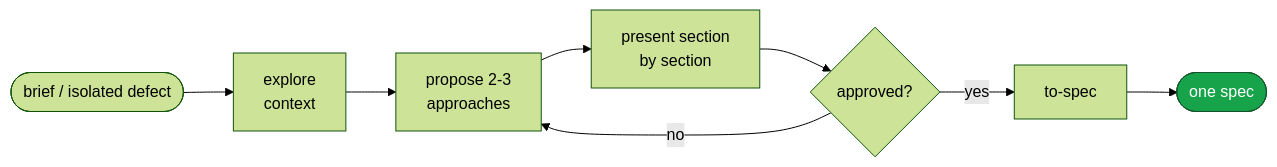
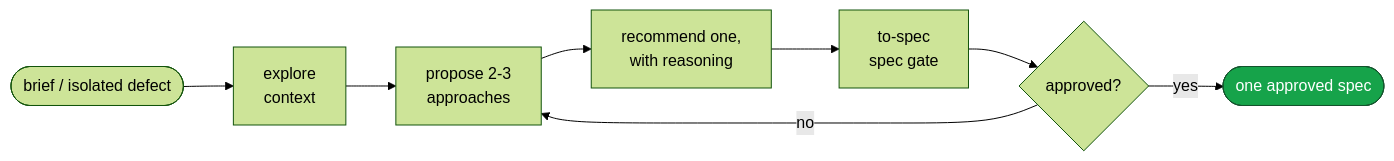
The fourth of 5 diagrams in README.md (dashworthy/engineering), drawn with Mermaid (forest theme) before and after one commit. The commit also changed other lines of this file and 9 other files, not shown here.

Commit message:
docs: reword cross-references to the two-gate model (brainstorming recommends; gates at spec and plan)

````diff
--- a/README.md
+++ b/README.md
@@ -101,12 +102,12 @@
 ```mermaid
 flowchart LR
     classDef done fill:#16a34a,stroke:#14532d,color:#fff
 
     IN(["brief / isolated defect"]) --> A["explore<br/>context"]
     A --> B["propose 2-3<br/>approaches"]
-    B --> C["present section<br/>by section"]
-    C --> G{"approved?"}
+    B --> C["recommend one,<br/>with reasoning"]
+    C --> SP["to-spec<br/>spec gate"]
+    SP --> G{"approved?"}
     G -->|"no"| B
-    G -->|"yes"| SP["to-spec"]
-    SP --> OUT(["one spec"]):::done
+    G -->|"yes"| OUT(["one approved spec"]):::done
 ```
````
